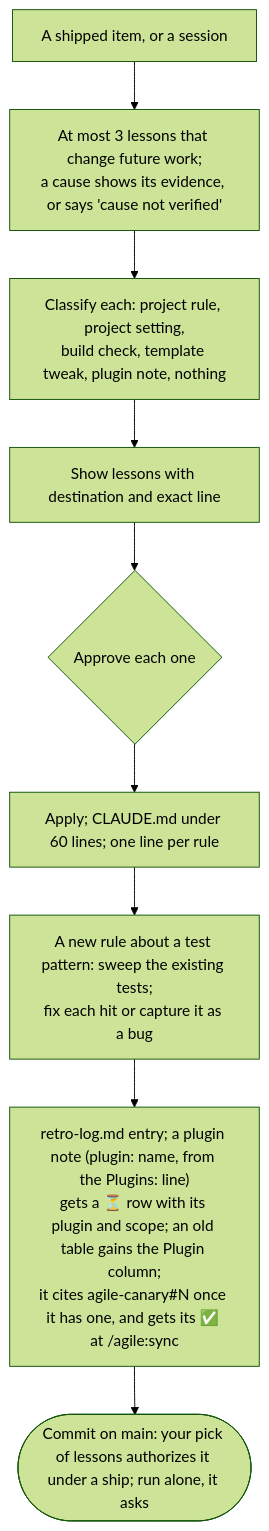
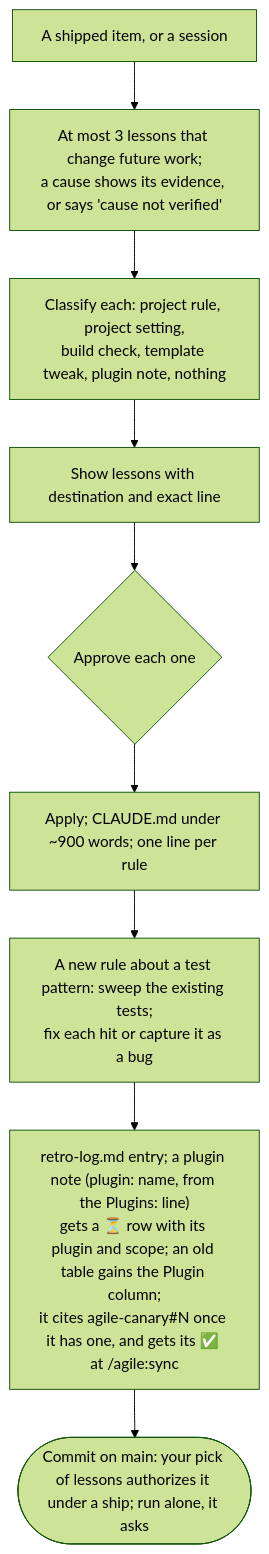
One commit to alexcanario/simulab changed diagram 13 of 20 in docs/agile/workflow.md. Above: the diagram before and after it, drawn with Mermaid (forest theme). The commit also changed other lines of this file and 5 other files, not shown here.

````diff
--- a/docs/agile/workflow.md
+++ b/docs/agile/workflow.md
@@ -2395,11 +2429,11 @@
 ```mermaid
 flowchart TD
     A["A shipped item, or a session"] --> B["At most 3 lessons that change future work;<br/>a cause shows its evidence, or says 'cause not verified'"]
     B --> C["Classify each: project rule, project setting,<br/>build check, template tweak, plugin note, nothing"]
     C --> D["Show lessons with destination and exact line"]
     D --> E{"Approve each one"}
-    E --> F["Apply; CLAUDE.md under 60 lines; one line per rule"]
+    E --> F["Apply; CLAUDE.md under ~900 words; one line per rule"]
     F --> F2["A new rule about a test pattern: sweep the existing tests;<br/>fix each hit or capture it as a bug"]
     F2 --> G["retro-log.md entry; a plugin note (plugin: name, from the Plugins: line)<br/>gets a ⏳ row with its plugin and scope; an old table gains the Plugin column;<br/>it cites agile-canary#N once it has one, and gets its ✅ at /agile:sync"]
     G --> H(["Commit on main: your pick of lessons authorizes it under a ship; run alone, it asks"])
 ```
````
